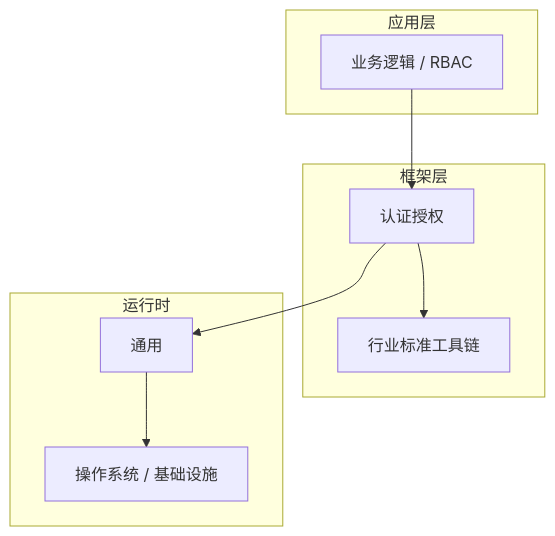
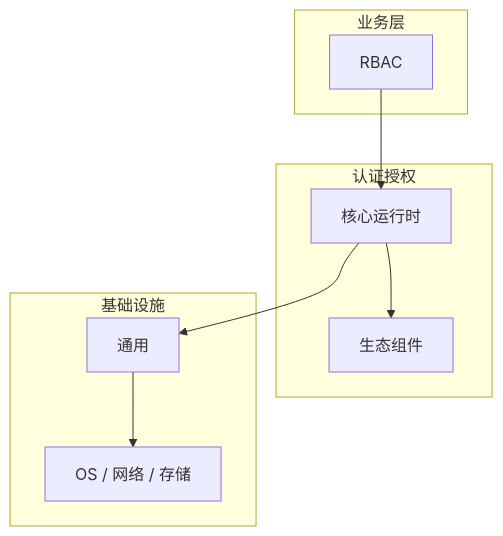
The diagram in articles/认证授权/chapters/041-RBAC核心概念与原理.md (yanggan2015/knowledge-json-v2), drawn with Mermaid before and after one commit. The commit also changed other lines of this file and 10127 other files, not shown here.

````diff
--- a/articles/认证授权/chapters/041-RBAC核心概念与原理.md
+++ b/articles/认证授权/chapters/041-RBAC核心概念与原理.md
@@ -45,18 +34,18 @@
 ```mermaid
 graph TB
-    subgraph 应用层
-        A[业务逻辑 / RBAC]
+    subgraph 业务层
+        A[RBAC]
     end
-    subgraph 框架层
-        B[认证授权]
-        C[行业标准工具链]
+    subgraph 认证授权
+        B[核心运行时]
+        C[生态组件]
     end
-    subgraph 运行时
+    subgraph 基础设施
         D[通用]
-        E[操作系统 / 基础设施]
+        E[OS / 网络 / 存储]
     end
     A --> B
     B --> C
     B --> D
     D --> E
 ```
````
